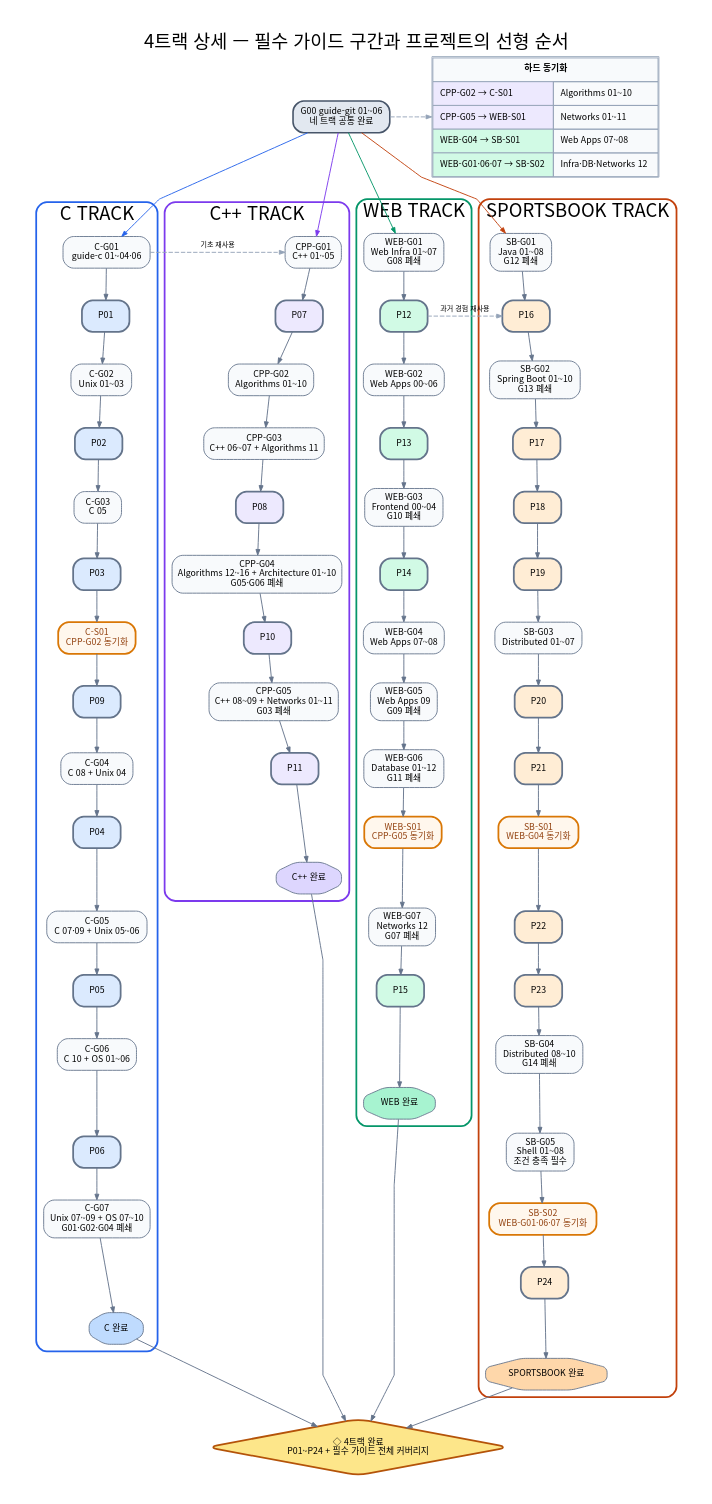
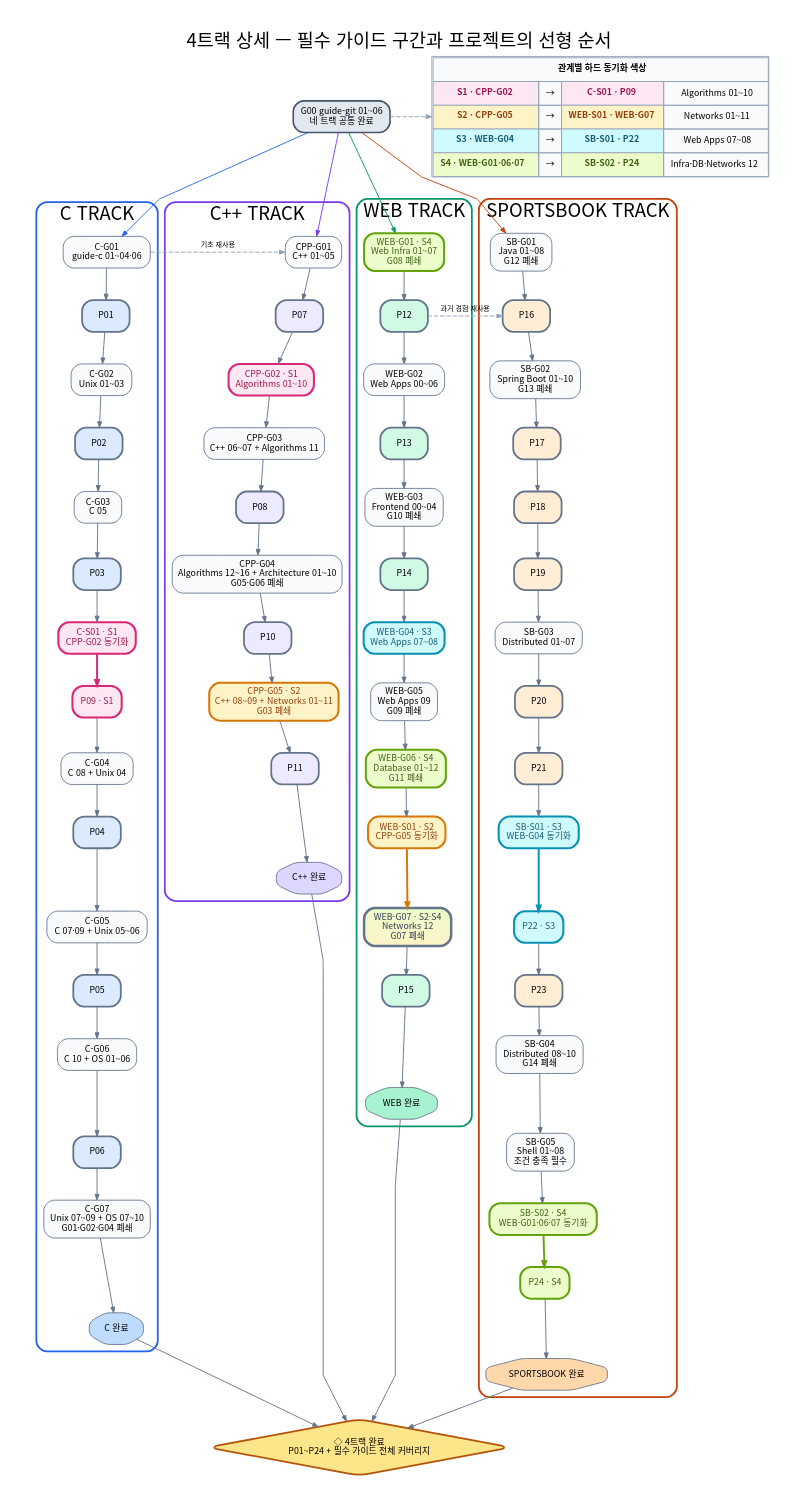
The diagram in assets/path/parallel-guide-packets.dot (woopinbell/engineering-path-review), drawn with Graphviz before and after one commit. The commit also changed 14 other files, not shown here.

```diff
--- a/assets/path/parallel-guide-packets.dot
+++ b/assets/path/parallel-guide-packets.dot
@@ -1,113 +1,121 @@
 digraph ParallelTrackDetail {
   graph [rankdir=TB, newrank=true, bgcolor="white", pad="0.35", nodesep="0.34", ranksep="0.45",
     fontname="Noto Sans CJK KR", fontsize=21,
     label="4트랙 상세 — 필수 가이드 구간과 프로젝트의 선형 순서", labelloc=t, splines=polyline];
   node [shape=box, style="rounded,filled", fontname="Noto Sans CJK KR", fontsize=10,
     margin="0.12,0.07", color="#64748b", fillcolor="#f8fafc"];
   edge [fontname="Noto Sans CJK KR", fontsize=8, color="#64748b", arrowsize=0.64, penwidth=1.05];
 
   G00 [label="G00 guide-git 01~06\n네 트랙 공통 완료", fillcolor="#e2e8f0", color="#475569", penwidth=1.8];
 
   subgraph cluster_c {
     label="C TRACK"; color="#2563eb"; penwidth=2; style="rounded";
     C1 [label="C-G01\nguide-c 01~04·06"];
     C2 [label="P01", fillcolor="#dbeafe", penwidth=2];
     C3 [label="C-G02\nUnix 01~03"];
     C4 [label="P02", fillcolor="#dbeafe", penwidth=2];
     C5 [label="C-G03\nC 05"];
     C6 [label="P03", fillcolor="#dbeafe", penwidth=2];
-    C7 [label="C-S01\nCPP-G02 동기화", fillcolor="#fff7ed", color="#d97706", fontcolor="#92400e", penwidth=2];
-    C8 [label="P09", fillcolor="#dbeafe", penwidth=2];
+    C7 [label="C-S01 · S1\nCPP-G02 동기화", fillcolor="#fce7f3", color="#db2777", fontcolor="#9d174d", penwidth=2.3];
+    C8 [label="P09 · S1", fillcolor="#fce7f3", color="#db2777", fontcolor="#9d174d", penwidth=2.3];
     C9 [label="C-G04\nC 08 + Unix 04"];
     C10 [label="P04", fillcolor="#dbeafe", penwidth=2];
     C11 [label="C-G05\nC 07·09 + Unix 05~06"];
     C12 [label="P05", fillcolor="#dbeafe", penwidth=2];
     C13 [label="C-G06\nC 10 + OS 01~06"];
     C14 [label="P06", fillcolor="#dbeafe", penwidth=2];
     C15 [label="C-G07\nUnix 07~09 + OS 07~10\nG01·G02·G04 폐쇄"];
     C16 [label="C 완료", shape=octagon, fillcolor="#bfdbfe"];
-    C1 -> C2 -> C3 -> C4 -> C5 -> C6 -> C7 -> C8 -> C9 -> C10 -> C11 -> C12 -> C13 -> C14 -> C15 -> C16;
+    C1 -> C2 -> C3 -> C4 -> C5 -> C6 -> C7;
+    C7 -> C8 [color="#db2777", penwidth=2.2];
+    C8 -> C9 -> C10 -> C11 -> C12 -> C13 -> C14 -> C15 -> C16;
   }
 
   subgraph cluster_cpp {
     label="C++ TRACK"; color="#7c3aed"; penwidth=2; style="rounded";
     X1 [label="CPP-G01\nC++ 01~05"];
     X2 [label="P07", fillcolor="#ede9fe", penwidth=2];
-    X3 [label="CPP-G02\nAlgorithms 01~10"];
+    X3 [label="CPP-G02 · S1\nAlgorithms 01~10", fillcolor="#fce7f3", color="#db2777", fontcolor="#9d174d", penwidth=2.3];
     X4 [label="CPP-G03\nC++ 06~07 + Algorithms 11"];
     X5 [label="P08", fillcolor="#ede9fe", penwidth=2];
     X6 [label="CPP-G04\nAlgorithms 12~16 + Architecture 01~10\nG05·G06 폐쇄"];
     X7 [label="P10", fillcolor="#ede9fe", penwidth=2];
-    X8 [label="CPP-G05\nC++ 08~09 + Networks 01~11\nG03 폐쇄"];
+    X8 [label="CPP-G05 · S2\nC++ 08~09 + Networks 01~11\nG03 폐쇄", fillcolor="#fef3c7", color="#d97706", fontcolor="#92400e", penwidth=2.3];
     X9 [label="P11", fillcolor="#ede9fe", penwidth=2];
     X10 [label="C++ 완료", shape=octagon, fillcolor="#ddd6fe"];
     X1 -> X2 -> X3 -> X4 -> X5 -> X6 -> X7 -> X8 -> X9 -> X10;
   }
 
   subgraph cluster_web {
     label="WEB TRACK"; color="#059669"; penwidth=2; style="rounded";
-    W1 [label="WEB-G01\nWeb Infra 01~07\nG08 폐쇄"];
+    W1 [label="WEB-G01 · S4\nWeb Infra 01~07\nG08 폐쇄", fillcolor="#ecfccb", color="#65a30d", fontcolor="#3f6212", penwidth=2.3];
     W2 [label="P12", fillcolor="#d1fae5", penwidth=2];
     W3 [label="WEB-G02\nWeb Apps 00~06"];
     W4 [label="P13", fillcolor="#d1fae5", penwidth=2];
     W5 [label="WEB-G03\nFrontend 00~04\nG10 폐쇄"];
     W6 [label="P14", fillcolor="#d1fae5", penwidth=2];
-    W7 [label="WEB-G04\nWeb Apps 07~08"];
+    W7 [label="WEB-G04 · S3\nWeb Apps 07~08", fillcolor="#cffafe", color="#0891b2", fontcolor="#155e75", penwidth=2.3];
     W8 [label="WEB-G05\nWeb Apps 09\nG09 폐쇄"];
-    W9 [label="WEB-G06\nDatabase 01~12\nG11 폐쇄"];
-    W10 [label="WEB-S01\nCPP-G05 동기화", fillcolor="#fff7ed", color="#d97706", fontcolor="#92400e", penwidth=2];
-    W11 [label="WEB-G07\nNetworks 12\nG07 폐쇄"];
+    W9 [label="WEB-G06 · S4\nDatabase 01~12\nG11 폐쇄", fillcolor="#ecfccb", color="#65a30d", fontcolor="#3f6212", penwidth=2.3];
+    W10 [label="WEB-S01 · S2\nCPP-G05 동기화", fillcolor="#fef3c7", color="#d97706", fontcolor="#92400e", penwidth=2.3];
+    W11 [label="WEB-G07 · S2·S4\nNetworks 12\nG07 폐쇄", fillcolor="#fef3c7:#ecfccb", gradientangle=90, color="#64748b", fontcolor="#334155", penwidth=2.8];
     W12 [label="P15", fillcolor="#d1fae5", penwidth=2];
     W13 [label="WEB 완료", shape=octagon, fillcolor="#a7f3d0"];
-    W1 -> W2 -> W3 -> W4 -> W5 -> W6 -> W7 -> W8 -> W9 -> W10 -> W11 -> W12 -> W13;
+    W1 -> W2 -> W3 -> W4 -> W5 -> W6 -> W7 -> W8 -> W9 -> W10;
+    W10 -> W11 [color="#d97706", penwidth=2.2];
+    W11 -> W12 -> W13;
   }
 
   subgraph cluster_sb {
     label="SPORTSBOOK TRACK"; color="#c2410c"; penwidth=2; style="rounded";
     S1 [label="SB-G01\nJava 01~08\nG12 폐쇄"];
     S2 [label="P16", fillcolor="#ffedd5", penwidth=2];
     S3 [label="SB-G02\nSpring Boot 01~10\nG13 폐쇄"];
     S4 [label="P17", fillcolor="#ffedd5", penwidth=2];
     S5 [label="P18", fillcolor="#ffedd5", penwidth=2];
     S6 [label="P19", fillcolor="#ffedd5", penwidth=2];
     S7 [label="SB-G03\nDistributed 01~07"];
     S8 [label="P20", fillcolor="#ffedd5", penwidth=2];
     S9 [label="P21", fillcolor="#ffedd5", penwidth=2];
-    S10 [label="SB-S01\nWEB-G04 동기화", fillcolor="#fff7ed", color="#d97706", fontcolor="#92400e", penwidth=2];
-    S11 [label="P22", fillcolor="#ffedd5", penwidth=2];
+    S10 [label="SB-S01 · S3\nWEB-G04 동기화", fillcolor="#cffafe", color="#0891b2", fontcolor="#155e75", penwidth=2.3];
+    S11 [label="P22 · S3", fillcolor="#cffafe", color="#0891b2", fontcolor="#155e75", penwidth=2.3];
     S12 [label="P23", fillcolor="#ffedd5", penwidth=2];
     S13 [label="SB-G04\nDistributed 08~10\nG14 폐쇄"];
     S14 [label="SB-G05\nShell 01~08\n조건 충족 필수"];
-    S15 [label="SB-S02\nWEB-G01·06·07 동기화", fillcolor="#fff7ed", color="#d97706", fontcolor="#92400e", penwidth=2];
-    S16 [label="P24", fillcolor="#ffedd5", penwidth=2];
+    S15 [label="SB-S02 · S4\nWEB-G01·06·07 동기화", fillcolor="#ecfccb", color="#65a30d", fontcolor="#3f6212", penwidth=2.3];
+    S16 [label="P24 · S4", fillcolor="#ecfccb", color="#65a30d", fontcolor="#3f6212", penwidth=2.3];
     S17 [label="SPORTSBOOK 완료", shape=octagon, fillcolor="#fed7aa"];
-    S1 -> S2 -> S3 -> S4 -> S5 -> S6 -> S7 -> S8 -> S9 -> S10 -> S11 -> S12 -> S13 -> S14 -> S15 -> S16 -> S17;
+    S1 -> S2 -> S3 -> S4 -> S5 -> S6 -> S7 -> S8 -> S9 -> S10;
+    S10 -> S11 [color="#0891b2", penwidth=2.2];
+    S11 -> S12 -> S13 -> S14 -> S15;
+    S15 -> S16 [color="#65a30d", penwidth=2.2];
+    S16 -> S17;
   }
 
   G00 -> C1 [color="#2563eb"];
   G00 -> X1 [color="#7c3aed"];
   G00 -> W1 [color="#059669"];
   G00 -> S1 [color="#c2410c"];
 
   C1 -> X1 [style=dashed, label="기초 재사용", color="#94a3b8", constraint=false];
   W2 -> S2 [style=dashed, label="과거 경험 재사용", color="#94a3b8", constraint=false];
 
   SYNC [shape=plain, label=<
     <TABLE BORDER="1" CELLBORDER="1" CELLSPACING="0" CELLPADDING="7" COLOR="#94a3b8">
-      <TR><TD BGCOLOR="#f8fafc" COLSPAN="2"><B>하드 동기화</B></TD></TR>
-      <TR><TD ALIGN="LEFT" BGCOLOR="#ede9fe">CPP-G02 → C-S01</TD><TD ALIGN="LEFT">Algorithms 01~10</TD></TR>
-      <TR><TD ALIGN="LEFT" BGCOLOR="#ede9fe">CPP-G05 → WEB-S01</TD><TD ALIGN="LEFT">Networks 01~11</TD></TR>
-      <TR><TD ALIGN="LEFT" BGCOLOR="#d1fae5">WEB-G04 → SB-S01</TD><TD ALIGN="LEFT">Web Apps 07~08</TD></TR>
-      <TR><TD ALIGN="LEFT" BGCOLOR="#d1fae5">WEB-G01·06·07 → SB-S02</TD><TD ALIGN="LEFT">Infra·DB·Networks 12</TD></TR>
+      <TR><TD BGCOLOR="#f8fafc" COLSPAN="4"><B>관계별 하드 동기화 색상</B></TD></TR>
+      <TR><TD BGCOLOR="#fce7f3"><FONT COLOR="#9d174d"><B>S1 · CPP-G02</B></FONT></TD><TD>→</TD><TD BGCOLOR="#fce7f3"><FONT COLOR="#9d174d"><B>C-S01 · P09</B></FONT></TD><TD>Algorithms 01~10</TD></TR>
+      <TR><TD BGCOLOR="#fef3c7"><FONT COLOR="#92400e"><B>S2 · CPP-G05</B></FONT></TD><TD>→</TD><TD BGCOLOR="#fef3c7"><FONT COLOR="#92400e"><B>WEB-S01 · WEB-G07</B></FONT></TD><TD>Networks 01~11</TD></TR>
+      <TR><TD BGCOLOR="#cffafe"><FONT COLOR="#155e75"><B>S3 · WEB-G04</B></FONT></TD><TD>→</TD><TD BGCOLOR="#cffafe"><FONT COLOR="#155e75"><B>SB-S01 · P22</B></FONT></TD><TD>Web Apps 07~08</TD></TR>
+      <TR><TD BGCOLOR="#ecfccb"><FONT COLOR="#3f6212"><B>S4 · WEB-G01·06·07</B></FONT></TD><TD>→</TD><TD BGCOLOR="#ecfccb"><FONT COLOR="#3f6212"><B>SB-S02 · P24</B></FONT></TD><TD>Infra·DB·Networks 12</TD></TR>
     </TABLE>
   >];
   G00 -> SYNC [style=dashed, color="#94a3b8", constraint=false];
 
 
   MERGE [label="◇ 4트랙 완료\nP01~P24 + 필수 가이드 전체 커버리지", shape=diamond,
     fillcolor="#fde68a", color="#b45309", penwidth=2];
   C16 -> MERGE;
   X10 -> MERGE;
   W13 -> MERGE;
   S17 -> MERGE;
 }
```
